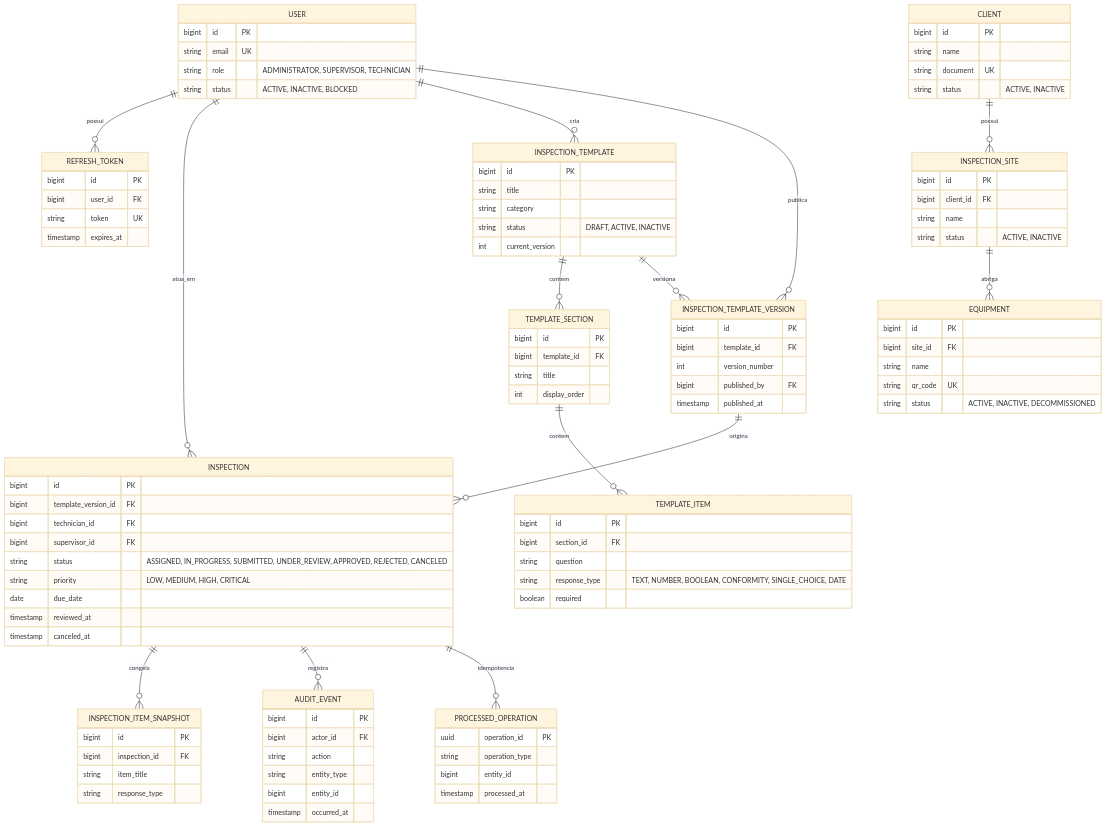
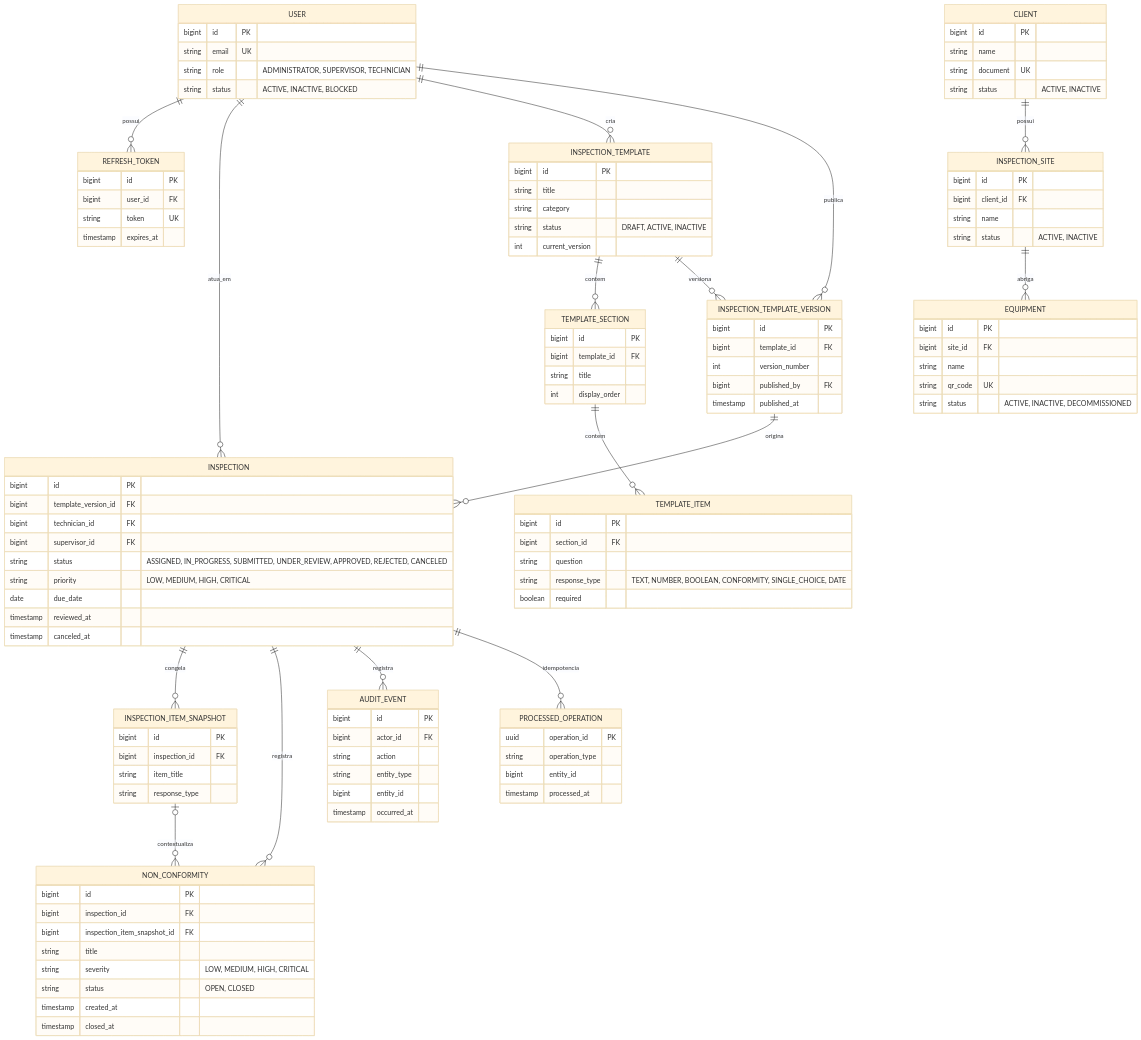
One commit to NataliaNogueira1/404NOTFOUND_Field_Ops changed the first of 2 diagrams in docs/api-diagrams.md. Above: the diagram before and after it, drawn with Mermaid (base theme). The commit also changed 8 other files, not shown here.

Commit message:
:sparkles: feat: count open non-conformities in dashboard

```diff
--- a/docs/api-diagrams.md
+++ b/docs/api-diagrams.md
@@ -34,6 +34,8 @@
 
     INSPECTION_TEMPLATE_VERSION ||--o{ INSPECTION : origina
     INSPECTION ||--o{ INSPECTION_ITEM_SNAPSHOT : congela
+    INSPECTION ||--o{ NON_CONFORMITY : registra
+    INSPECTION_ITEM_SNAPSHOT o|--o{ NON_CONFORMITY : contextualiza
 
     INSPECTION ||--o{ AUDIT_EVENT : registra
     INSPECTION ||--o{ PROCESSED_OPERATION : idempotencia
@@ -107,6 +109,16 @@
         string item_title
         string response_type
     }
+    NON_CONFORMITY {
+        bigint id PK
+        bigint inspection_id FK
+        bigint inspection_item_snapshot_id FK
+        string title
+        string severity "LOW, MEDIUM, HIGH, CRITICAL"
+        string status "OPEN, CLOSED"
+        timestamp created_at
+        timestamp closed_at
+    }
     AUDIT_EVENT {
         bigint id PK
         bigint actor_id FK
```
